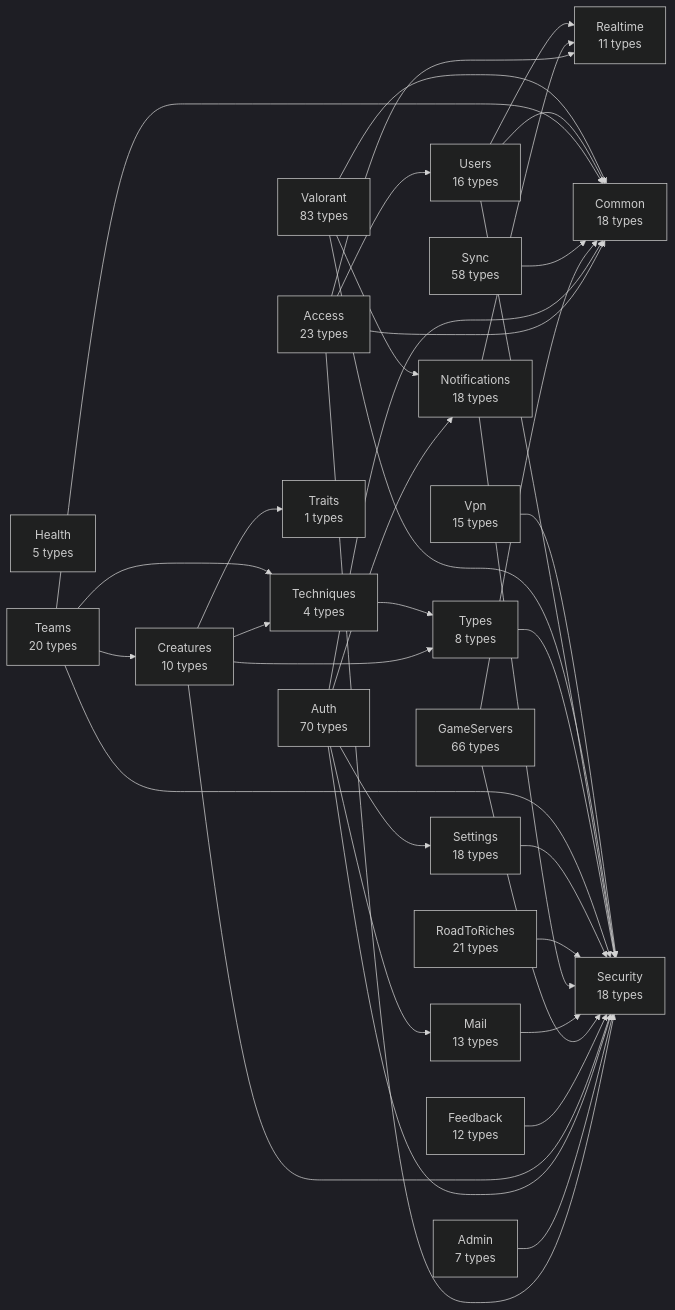
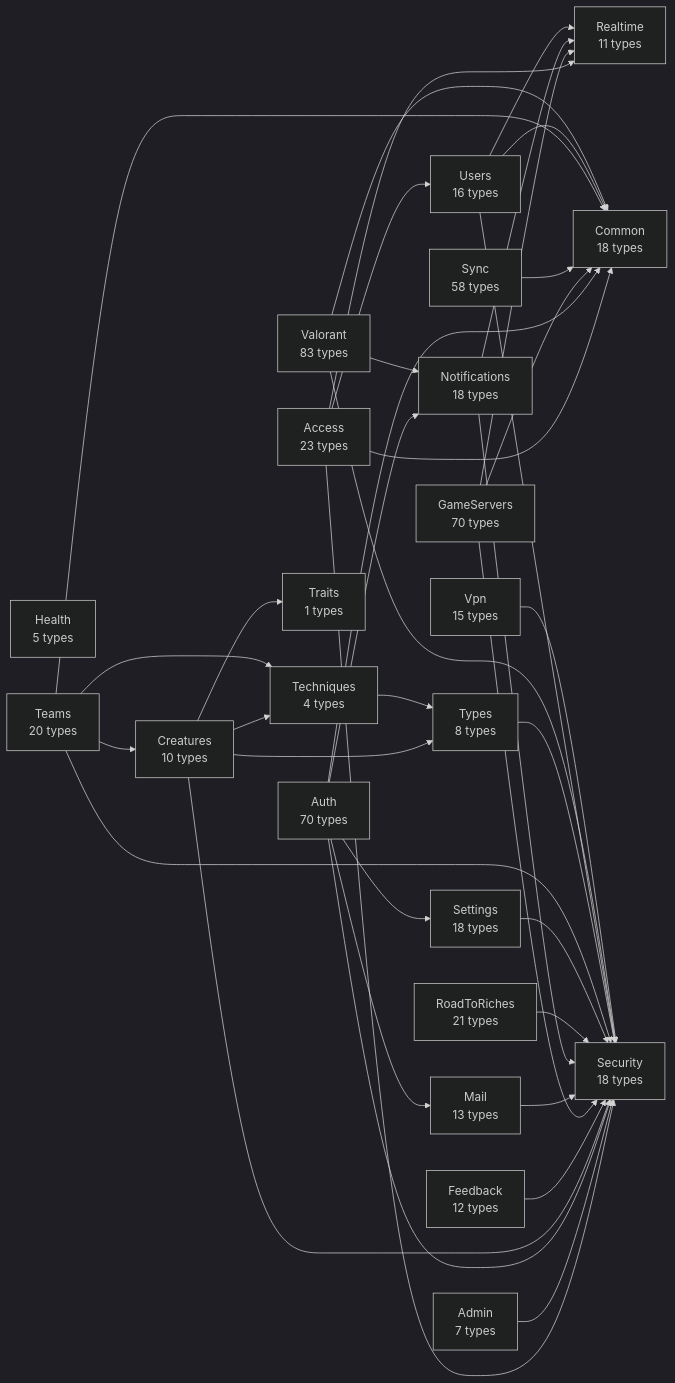
Before and after one commit to huiitre/Tools-app: the diagram in api/docs/diagrams/00-modules.md, drawn with Mermaid (dark theme). The commit also changed 22 other files, not shown here.

````diff
--- a/api/docs/diagrams/00-modules.md
+++ b/api/docs/diagrams/00-modules.md
@@ -5,61 +5,62 @@
 ```mermaid
 flowchart LR
   Access["Access<br/>23 types"]
   Admin["Admin<br/>7 types"]
   Auth["Auth<br/>70 types"]
   Common["Common<br/>18 types"]
   Creatures["Creatures<br/>10 types"]
   Feedback["Feedback<br/>12 types"]
-  GameServers["GameServers<br/>66 types"]
+  GameServers["GameServers<br/>70 types"]
   Health["Health<br/>5 types"]
   Mail["Mail<br/>13 types"]
   Notifications["Notifications<br/>18 types"]
   Realtime["Realtime<br/>11 types"]
   RoadToRiches["RoadToRiches<br/>21 types"]
   Security["Security<br/>18 types"]
   Settings["Settings<br/>18 types"]
   Sync["Sync<br/>58 types"]
   Teams["Teams<br/>20 types"]
   Techniques["Techniques<br/>4 types"]
   Traits["Traits<br/>1 types"]
   Types["Types<br/>8 types"]
   Users["Users<br/>16 types"]
   Valorant["Valorant<br/>83 types"]
   Vpn["Vpn<br/>15 types"]
   Access --> Common
   Access --> Realtime
   Access --> Security
   Access --> Users
   Admin --> Security
   Auth --> Common
   Auth --> Mail
   Auth --> Notifications
   Auth --> Security
   Auth --> Settings
   Creatures --> Security
   Creatures --> Techniques
   Creatures --> Traits
   Creatures --> Types
   Feedback --> Security
   GameServers --> Common
+  GameServers --> Realtime
   GameServers --> Security
   Mail --> Security
   Notifications --> Realtime
   Notifications --> Security
   RoadToRiches --> Security
   Settings --> Security
   Sync --> Common
   Teams --> Common
   Teams --> Creatures
   Teams --> Security
   Teams --> Techniques
   Techniques --> Types
   Types --> Security
   Users --> Common
   Users --> Realtime
   Users --> Security
   Valorant --> Common
   Valorant --> Notifications
   Valorant --> Security
   Vpn --> Security
 ```
````
